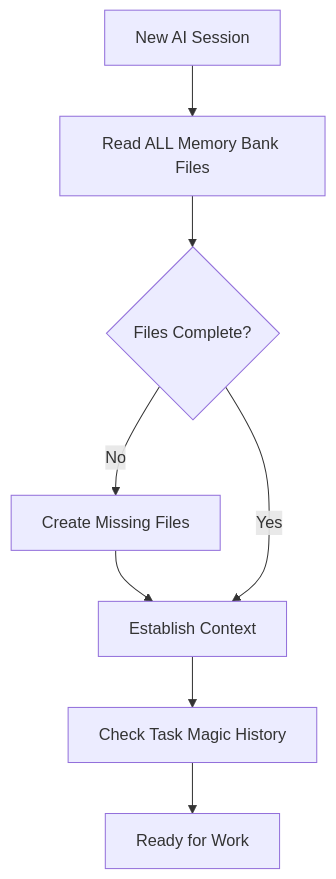
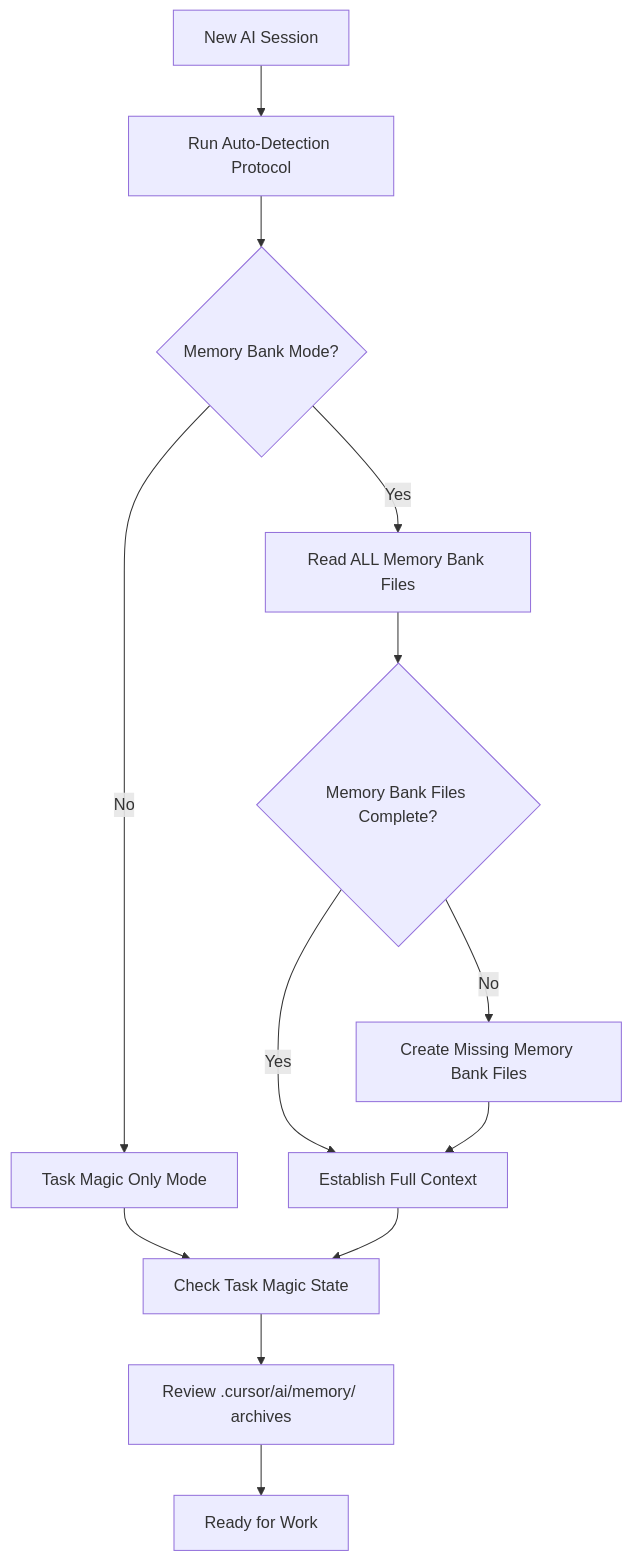
One commit to louisfghbvc/task-management-memory-system changed the fourth of 12 diagrams in .cursor/rules/memory-bank.mdc. Above: the diagram before and after it, drawn with Mermaid. The commit also changed other lines of this file and 11 other files, not shown here.

````diff
--- a/.cursor/rules/memory-bank.mdc
+++ b/.cursor/rules/memory-bank.mdc
@@ -123,12 +249,19 @@
 ```mermaid
 flowchart TD
-    Start[New AI Session] --> ReadAll[Read ALL Memory Bank Files]
-    ReadAll --> CheckComplete{Files Complete?}
+    Start[New AI Session] --> AutoDetect[Run Auto-Detection Protocol]
+    AutoDetect --> ModeDecision{Memory Bank Mode?}
     
-    CheckComplete -->|No| CreateMissing[Create Missing Files]
-    CreateMissing --> EstablishContext[Establish Context]
+    ModeDecision -->|Yes| ReadMemoryBank[Read ALL Memory Bank Files]
+    ModeDecision -->|No| TaskMagicOnly[Task Magic Only Mode]
     
-    CheckComplete -->|Yes| EstablishContext[Establish Context]
-    EstablishContext --> CheckHistory[Check Task Magic History]
+    ReadMemoryBank --> CheckComplete{Memory Bank Files Complete?}
+    CheckComplete -->|No| CreateMissing[Create Missing Memory Bank Files]
+    CheckComplete -->|Yes| EstablishContext[Establish Full Context]
+    CreateMissing --> EstablishContext
+    
+    TaskMagicOnly --> CheckTaskMagic[Check Task Magic State]
+    EstablishContext --> CheckTaskMagic
+    
+    CheckTaskMagic --> CheckHistory[Review .cursor/ai/memory/ archives]
     CheckHistory --> Ready[Ready for Work]
 ```
````
